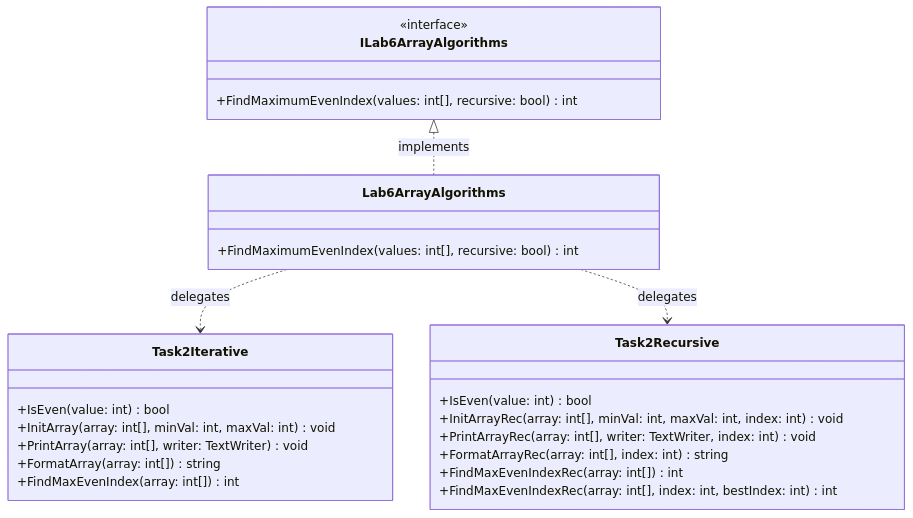
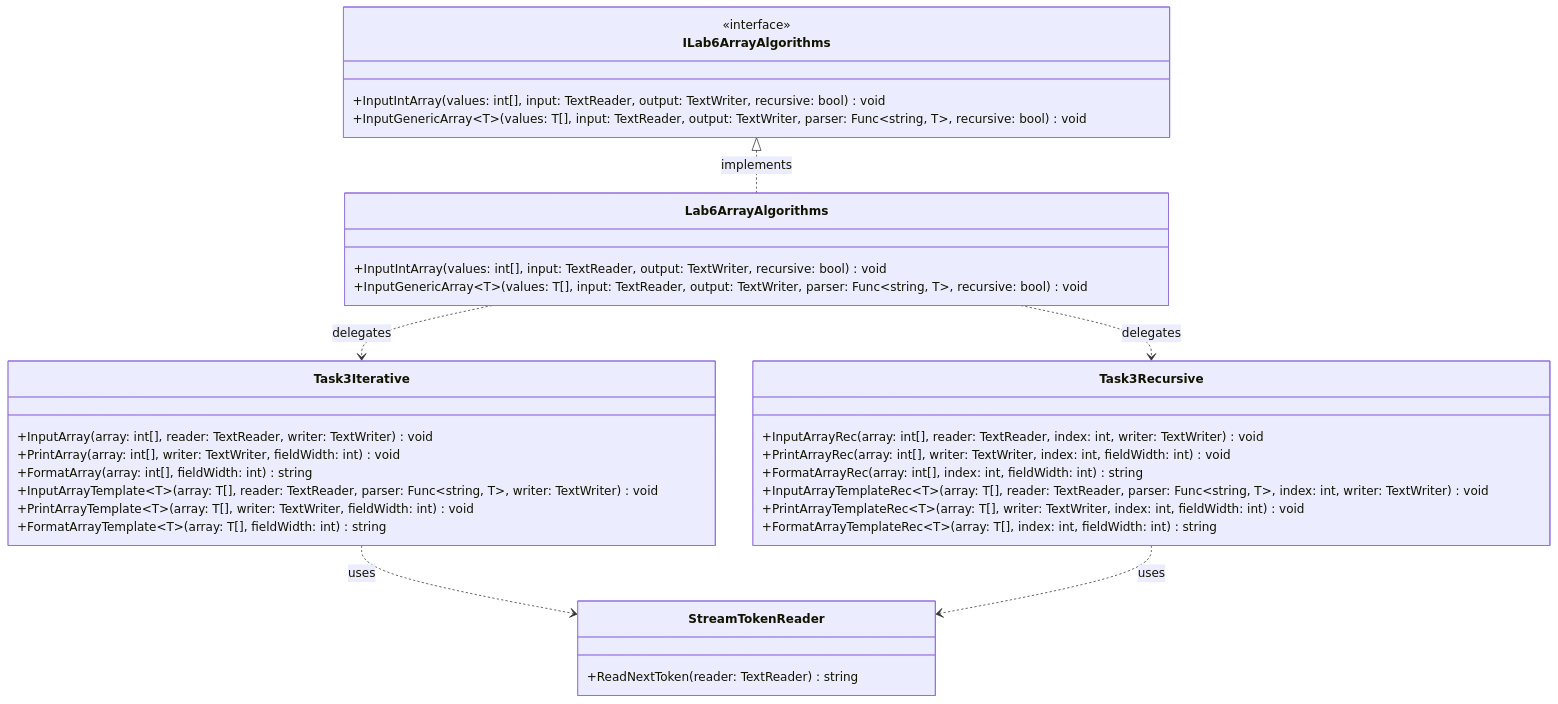
The third of 3 diagrams in Lb6/README.md (lviv-polytech/alg-cs-labs), drawn with Mermaid before and after one commit. The commit also changed other lines of this file and 4 other files, not shown here.

Commit message:
feat(lab-06): implement task 6.3 array input and format printing via ordinary and generic methods

````diff
--- a/Lb6/README.md
+++ b/Lb6/README.md
@@ -85,32 +106,41 @@
 ```mermaid
 classDiagram
-    class Task2Iterative {
-        +IsEven(value: int) bool
-        +InitArray(array: int[], minVal: int, maxVal: int) void
-        +PrintArray(array: int[], writer: TextWriter) void
-        +FormatArray(array: int[]) string
-        +FindMaxEvenIndex(array: int[]) int
+    class StreamTokenReader {
+        +ReadNextToken(reader: TextReader) string
     }
 
-    class Task2Recursive {
-        +IsEven(value: int) bool
-        +InitArrayRec(array: int[], minVal: int, maxVal: int, index: int) void
-        +PrintArrayRec(array: int[], writer: TextWriter, index: int) void
-        +FormatArrayRec(array: int[], index: int) string
-        +FindMaxEvenIndexRec(array: int[]) int
-        +FindMaxEvenIndexRec(array: int[], index: int, bestIndex: int) int
+    class Task3Iterative {
+        +InputArray(array: int[], reader: TextReader, writer: TextWriter) void
+        +PrintArray(array: int[], writer: TextWriter, fieldWidth: int) void
+        +FormatArray(array: int[], fieldWidth: int) string
+        +InputArrayTemplate~T~(array: T[], reader: TextReader, parser: Func~string, T~, writer: TextWriter) void
+        +PrintArrayTemplate~T~(array: T[], writer: TextWriter, fieldWidth: int) void
+        +FormatArrayTemplate~T~(array: T[], fieldWidth: int) string
+    }
+
+    class Task3Recursive {
+        +InputArrayRec(array: int[], reader: TextReader, index: int, writer: TextWriter) void
+        +PrintArrayRec(array: int[], writer: TextWriter, index: int, fieldWidth: int) void
+        +FormatArrayRec(array: int[], index: int, fieldWidth: int) string
+        +InputArrayTemplateRec~T~(array: T[], reader: TextReader, parser: Func~string, T~, index: int, writer: TextWriter) void
+        +PrintArrayTemplateRec~T~(array: T[], writer: TextWriter, index: int, fieldWidth: int) void
+        +FormatArrayTemplateRec~T~(array: T[], index: int, fieldWidth: int) string
     }
 
     class ILab6ArrayAlgorithms {
         <<interface>>
-        +FindMaximumEvenIndex(values: int[], recursive: bool) int
+        +InputIntArray(values: int[], input: TextReader, output: TextWriter, recursive: bool) void
+        +InputGenericArray~T~(values: T[], input: TextReader, output: TextWriter, parser: Func~string, T~, recursive: bool) void
     }
 
     class Lab6ArrayAlgorithms {
-        +FindMaximumEvenIndex(values: int[], recursive: bool) int
+        +InputIntArray(values: int[], input: TextReader, output: TextWriter, recursive: bool) void
+        +InputGenericArray~T~(values: T[], input: TextReader, output: TextWriter, parser: Func~string, T~, recursive: bool) void
     }
 
     ILab6ArrayAlgorithms <|.. Lab6ArrayAlgorithms : implements
-    Lab6ArrayAlgorithms ..> Task2Iterative : delegates
-    Lab6ArrayAlgorithms ..> Task2Recursive : delegates
+    Lab6ArrayAlgorithms ..> Task3Iterative : delegates
+    Lab6ArrayAlgorithms ..> Task3Recursive : delegates
+    Task3Iterative ..> StreamTokenReader : uses
+    Task3Recursive ..> StreamTokenReader : uses
 ```
````
